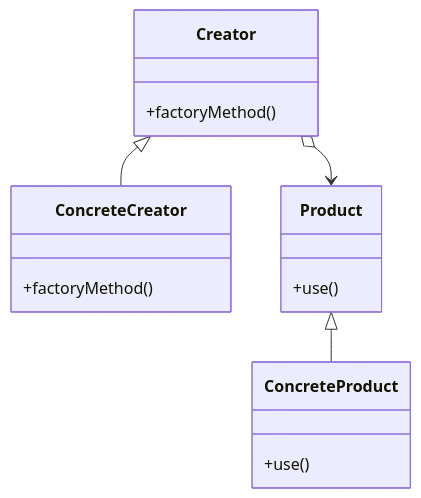
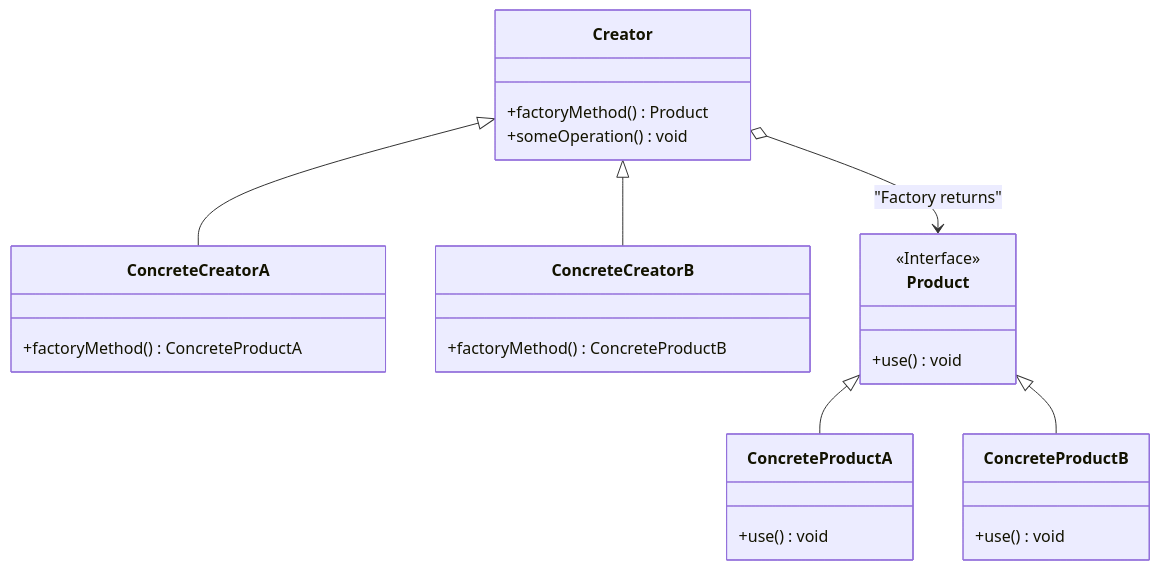
One commit to juangcarmona/design-patterns changed the diagram in src/creational/factory-method/README.md. Above: the diagram before and after it, drawn with Mermaid. The commit also changed 4 other files, not shown here.

Commit message:
Review Factory Method

````diff
--- a/src/creational/factory-method/README.md
+++ b/src/creational/factory-method/README.md
@@ -8,22 +8,35 @@
 ```mermaid
 classDiagram
     class Creator {
-        +factoryMethod()
+        +factoryMethod() Product
+        +someOperation() void
     }
 
-    class ConcreteCreator {
-        +factoryMethod()
+    class ConcreteCreatorA {
+        +factoryMethod() ConcreteProductA
+    }
+
+    class ConcreteCreatorB {
+        +factoryMethod() ConcreteProductB
     }
 
     class Product {
-        +use()
+        <<Interface>>
+        +use() void
     }
 
-    class ConcreteProduct {
-        +use()
+    class ConcreteProductA {
+        +use() void
     }
 
-    Creator o--> Product
-    Creator <|-- ConcreteCreator
-    Product <|-- ConcreteProduct
+    class ConcreteProductB {
+        +use() void
+    }
+
+    Creator o--> Product : "Factory returns"
+    Creator <|-- ConcreteCreatorA
+    Creator <|-- ConcreteCreatorB
+    Product <|-- ConcreteProductA
+    Product <|-- ConcreteProductB
+
 ```
````
